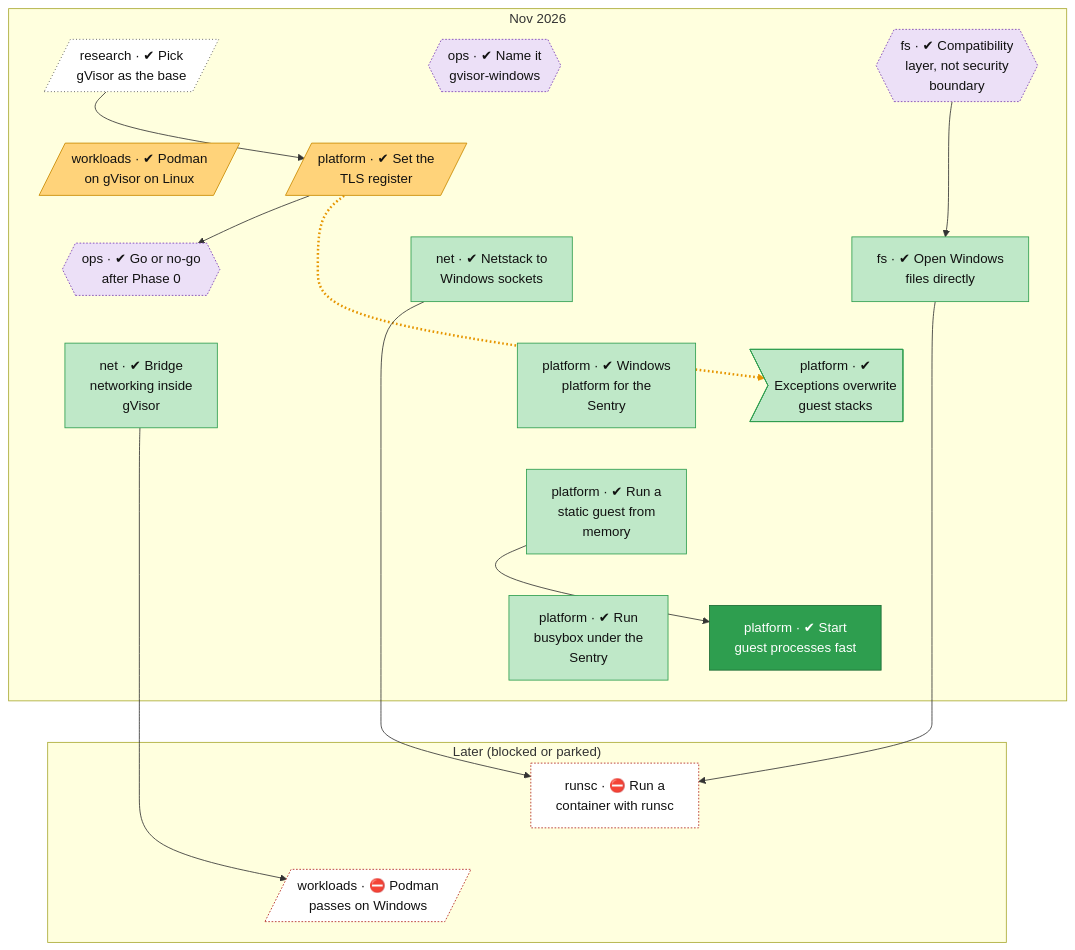
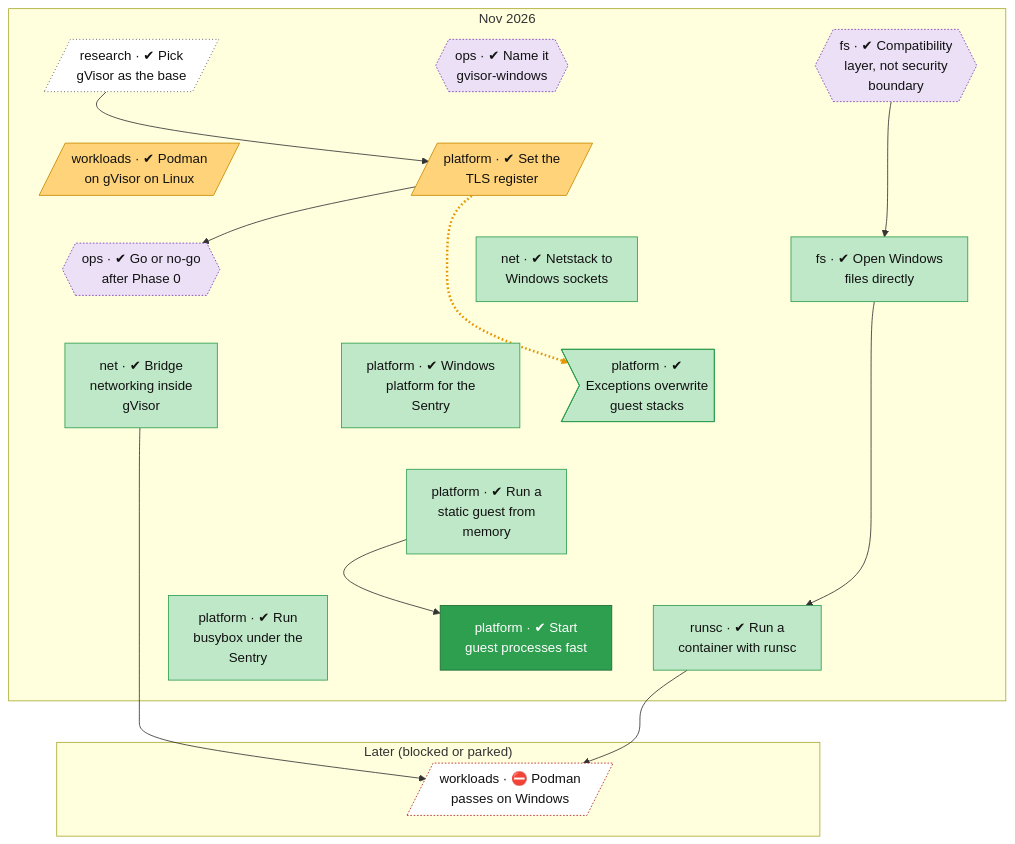
Before and after one commit to lhns/gvisor-windows: the second of 2 diagrams in docs/roadmap.md, drawn with Mermaid. The commit also changed other lines of this file and 4 other files, not shown here.

Commit message:
The runsc goal is met: runsc.exe run starts an OCI bundle on Windows

````diff
--- a/docs/roadmap.md
+++ b/docs/roadmap.md
@@ -100,69 +100,70 @@
 ```mermaid
 flowchart TB
     subgraph bd_0["Nov 2026"]
         research_gvisor_base[/"research · ✔ Pick<br/>gVisor as the base"/]
         ops_name_and_fork{{"ops · ✔ Name it<br/>gvisor-windows"}}
         fs_compat_layer_not_boundary{{"fs · ✔ Compatibility<br/>layer, not security<br/>boundary"}}
         workloads_podman_on_gvisor_linux[/"workloads · ✔ Podman<br/>on gVisor on Linux"/]
         platform_tls_register[/"platform · ✔ Set the<br/>TLS register"/]
         ops_phase0_go_no_go{{"ops · ✔ Go or no-go<br/>after Phase 0"}}
         fs_windows_directfs["fs · ✔ Open Windows<br/>files directly"]
         net_netstack_windows_link["net · ✔ Netstack to<br/>Windows sockets"]
         net_bridge_networking["net · ✔ Bridge<br/>networking inside<br/>gVisor"]
         platform_veh_on_guest_stack_unsafe>"platform · ✔<br/>Exceptions overwrite<br/>guest stacks"]
         platform_winstub["platform · ✔ Windows<br/>platform for the<br/>Sentry"]
         platform_static_guest_from_memory["platform · ✔ Run a<br/>static guest from<br/>memory"]
         platform_fast_process_start["platform · ✔ Start<br/>guest processes fast"]
+        runsc_container_on_windows["runsc · ✔ Run a<br/>container with runsc"]
         platform_busybox_on_windows["platform · ✔ Run<br/>busybox under the<br/>Sentry"]
     end
     subgraph bd_1["Later (blocked or parked)"]
-        runsc_container_on_windows["runsc · ⛔ Run a<br/>container with runsc"]
         workloads_podman_on_windows[/"workloads · ⛔ Podman<br/>passes on Windows"/]
     end
     research_gvisor_base ~~~ workloads_podman_on_gvisor_linux
     ops_name_and_fork ~~~ platform_tls_register
     fs_compat_layer_not_boundary ~~~ platform_tls_register
     workloads_podman_on_gvisor_linux ~~~ ops_phase0_go_no_go
     platform_tls_register ~~~ fs_windows_directfs
     platform_tls_register ~~~ net_netstack_windows_link
     ops_phase0_go_no_go ~~~ net_bridge_networking
     fs_windows_directfs ~~~ platform_veh_on_guest_stack_unsafe
     net_netstack_windows_link ~~~ platform_winstub
     net_bridge_networking ~~~ platform_static_guest_from_memory
     platform_veh_on_guest_stack_unsafe ~~~ platform_static_guest_from_memory
     platform_winstub ~~~ platform_static_guest_from_memory
     platform_static_guest_from_memory ~~~ platform_fast_process_start
+    platform_static_guest_from_memory ~~~ runsc_container_on_windows
     platform_static_guest_from_memory ~~~ platform_busybox_on_windows
-    platform_fast_process_start ~~~ runsc_container_on_windows
-    platform_busybox_on_windows ~~~ runsc_container_on_windows
+    platform_fast_process_start ~~~ workloads_podman_on_windows
     runsc_container_on_windows ~~~ workloads_podman_on_windows
+    platform_busybox_on_windows ~~~ workloads_podman_on_windows
     research_gvisor_base --> platform_tls_register
     platform_tls_register -.-> platform_veh_on_guest_stack_unsafe
     platform_tls_register --> ops_phase0_go_no_go
     fs_compat_layer_not_boundary --> fs_windows_directfs
     platform_static_guest_from_memory --> platform_fast_process_start
     fs_windows_directfs --> runsc_container_on_windows
-    net_netstack_windows_link --> runsc_container_on_windows
+    runsc_container_on_windows --> workloads_podman_on_windows
     net_bridge_networking --> workloads_podman_on_windows
-    linkStyle 18 stroke:#e69500,stroke-width:3px,stroke-dasharray:2 3
+    linkStyle 19 stroke:#e69500,stroke-width:3px,stroke-dasharray:2 3
     classDef vsucc fill:#2e9e4f,stroke:#1b6b34,color:#fff
     classDef succ fill:#bfe8c8,stroke:#2e9e4f,color:#111
     classDef mixed fill:#ffd37a,stroke:#c98a00,color:#111
     classDef bad fill:#f28b82,stroke:#b3261e,color:#111
     classDef dead fill:#e6e6e6,stroke:#777,stroke-dasharray:5 5,color:#555
     classDef inprog fill:#a8cdf5,stroke:#1f6fc5,color:#111
     classDef next fill:#fff,stroke:#333,color:#111
     classDef blocked fill:#fff,stroke:#b3261e,stroke-dasharray:2 2,color:#111
     classDef parked fill:#f3f3f3,stroke:#999,color:#555
     classDef unrated fill:#fff,stroke:#333,stroke-dasharray:1 3,color:#111
     classDef gate fill:#d9c2f0,stroke:#7b3fb5,color:#111
     classDef decided fill:#ece0f7,stroke:#7b3fb5,stroke-dasharray:2 2,color:#111
     classDef finding fill:#ffe0b2,stroke:#d84315,stroke-width:2px,color:#111
     classDef waiting fill:#e3f2fd,stroke:#1f6fc5,stroke-dasharray:5 5,color:#111
     class research_gvisor_base unrated
     class ops_name_and_fork,fs_compat_layer_not_boundary,ops_phase0_go_no_go decided
     class workloads_podman_on_gvisor_linux,platform_tls_register mixed
-    class workloads_podman_on_windows,runsc_container_on_windows blocked
-    class platform_winstub,platform_busybox_on_windows,fs_windows_directfs,net_netstack_windows_link,platform_static_guest_from_memory,net_bridge_networking,platform_veh_on_guest_stack_unsafe succ
+    class workloads_podman_on_windows blocked
+    class runsc_container_on_windows,platform_winstub,platform_busybox_on_windows,fs_windows_directfs,net_netstack_windows_link,platform_static_guest_from_memory,net_bridge_networking,platform_veh_on_guest_stack_unsafe succ
     class platform_fast_process_start vsucc
 ```
````
